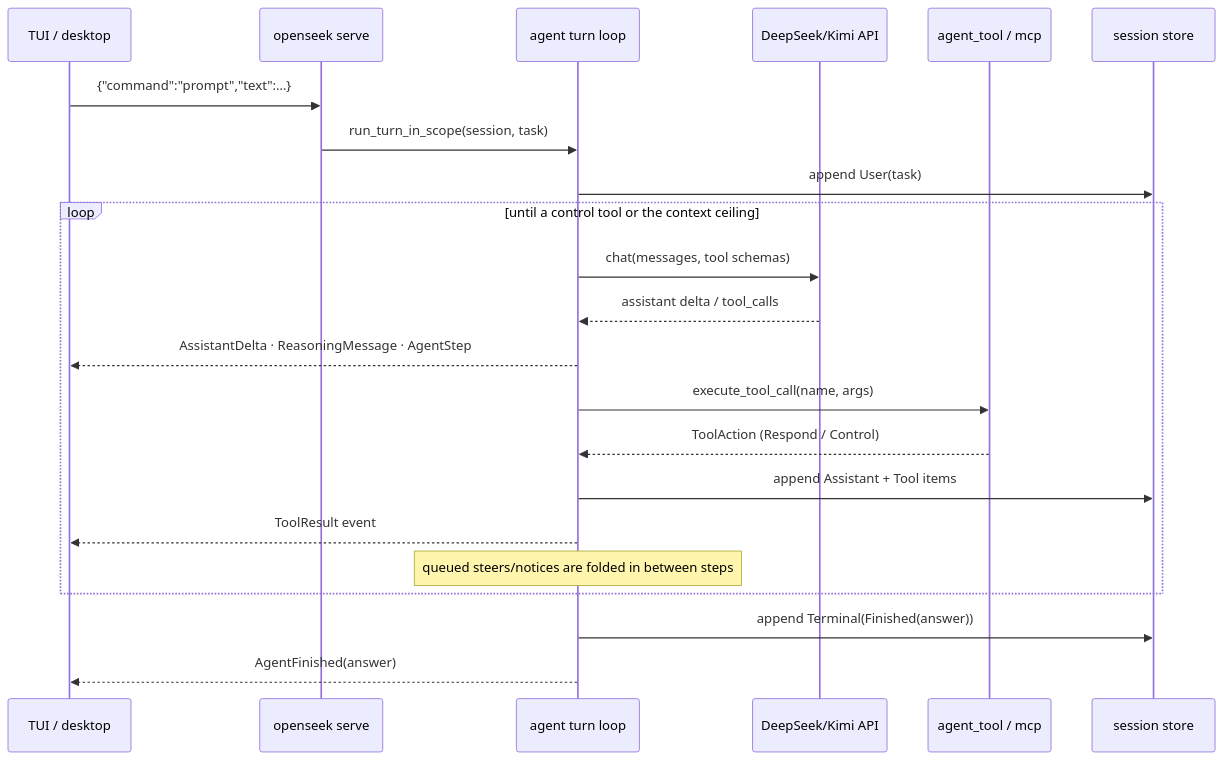
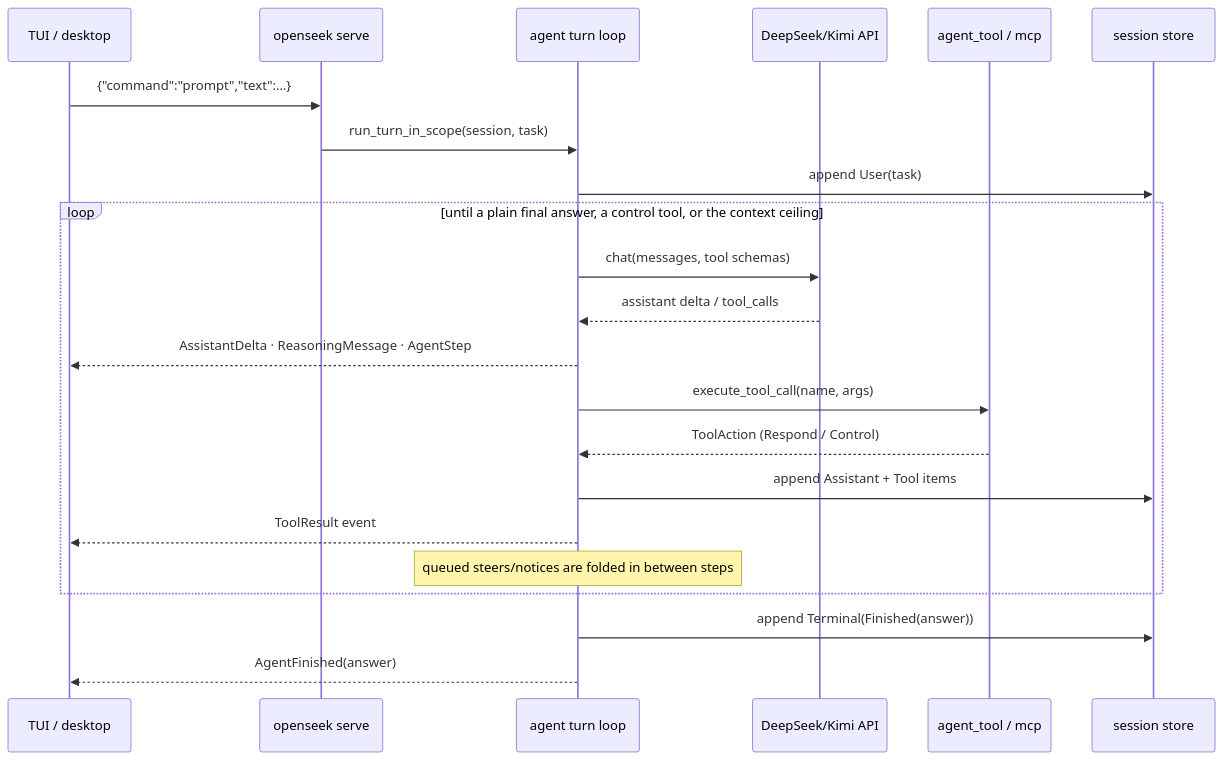
Before and after one commit to 0717lee/openseek: the third of 3 diagrams in docs/architecture.md, drawn with Mermaid. The commit also changed other lines of this file and 1 other file, not shown here.

First line of the commit message:
docs: engine/extension split, plain-answer completion, desktop persistence

````diff
--- a/docs/architecture.md
+++ b/docs/architecture.md
@@ -155,25 +155,25 @@
 ```mermaid
 sequenceDiagram
   participant UI as TUI / desktop
   participant Serve as openseek serve
   participant Turn as agent turn loop
   participant DS as DeepSeek/Kimi API
   participant Tool as agent_tool / mcp
   participant Store as session store
 
   UI->>Serve: {"command":"prompt","text":…}
   Serve->>Turn: run_turn_in_scope(session, task)
   Turn->>Store: append User(task)
-  loop until a control tool or the context ceiling
+  loop until a plain final answer, a control tool, or the context ceiling
     Turn->>DS: chat(messages, tool schemas)
     DS-->>Turn: assistant delta / tool_calls
     Turn-->>UI: AssistantDelta · ReasoningMessage · AgentStep
     Turn->>Tool: execute_tool_call(name, args)
     Tool-->>Turn: ToolAction (Respond / Control)
     Turn->>Store: append Assistant + Tool items
     Turn-->>UI: ToolResult event
     Note over Turn: queued steers/notices are folded in between steps
   end
   Turn->>Store: append Terminal(Finished(answer))
   Turn-->>UI: AgentFinished(answer)
 ```
````
